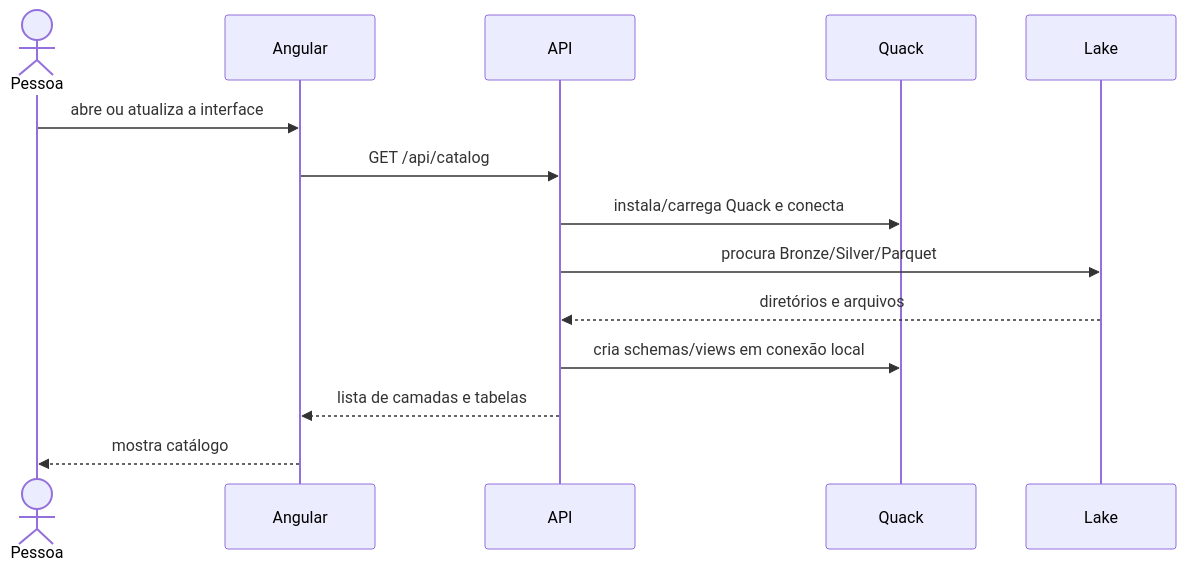
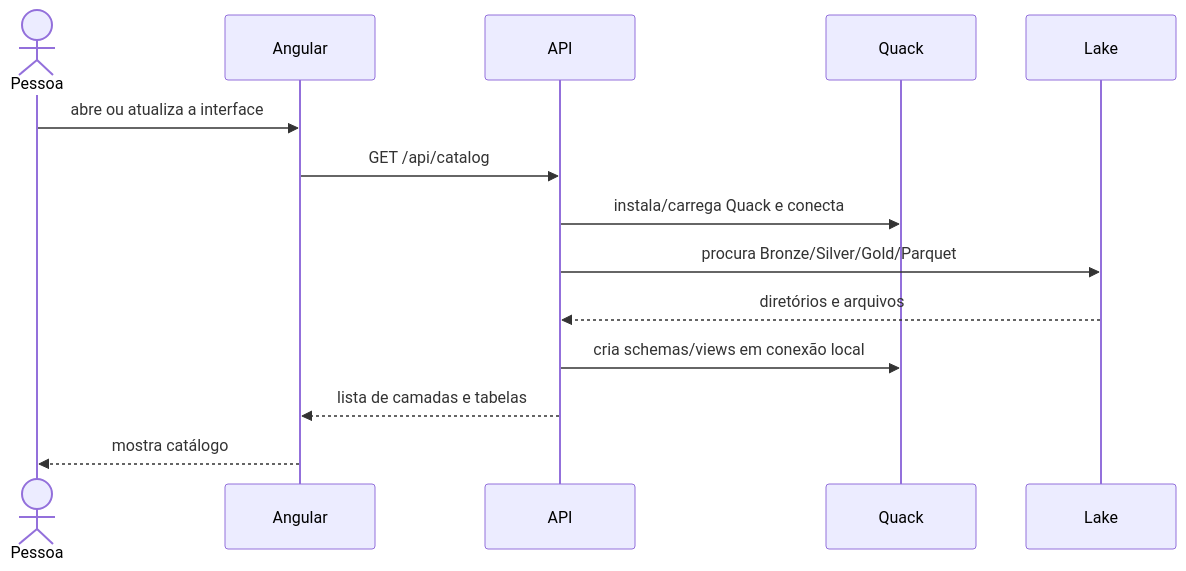
One commit to BiellBatista/Python.DataEngineering changed the second of 3 diagrams in B3-Web-App/docs/diagrama-sequencia.md. Above: the diagram before and after it, drawn with Mermaid. The commit also changed 31 other files, not shown here.

````diff
--- a/B3-Web-App/docs/diagrama-sequencia.md
+++ b/B3-Web-App/docs/diagrama-sequencia.md
@@ -26,17 +26,17 @@
 ```mermaid
 sequenceDiagram
     actor Pessoa
     participant Angular
     participant API
     participant Quack
     participant Lake
 
     Pessoa->>Angular: abre ou atualiza a interface
     Angular->>API: GET /api/catalog
     API->>Quack: instala/carrega Quack e conecta
-    API->>Lake: procura Bronze/Silver/Parquet
+    API->>Lake: procura Bronze/Silver/Gold/Parquet
     Lake-->>API: diretórios e arquivos
     API->>Quack: cria schemas/views em conexão local
     API-->>Angular: lista de camadas e tabelas
     Angular-->>Pessoa: mostra catálogo
 ```
````
